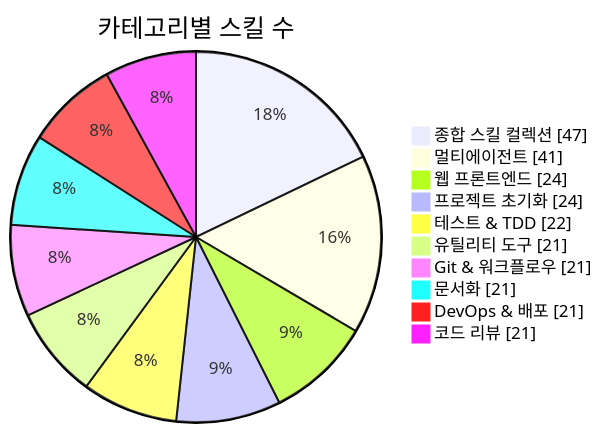
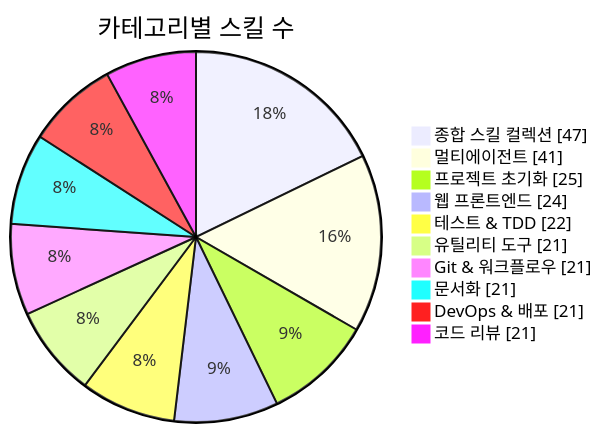
Before and after one commit to J-nowcow/awesome-korean-agent-skills: the first of 3 diagrams in README.md, drawn with Mermaid. The commit also changed other lines of this file and 4 other files, not shown here.

````diff
--- a/README.md
+++ b/README.md
@@ -176,14 +176,14 @@
 ```mermaid
 pie showData
     title 카테고리별 스킬 수
     "종합 스킬 컬렉션" : 47
     "멀티에이전트" : 41
+    "프로젝트 초기화" : 25
     "웹 프론트엔드" : 24
-    "프로젝트 초기화" : 24
     "테스트 & TDD" : 22
     "유틸리티 도구" : 21
     "Git & 워크플로우" : 21
     "문서화" : 21
     "DevOps & 배포" : 21
     "코드 리뷰" : 21
 ```
````
